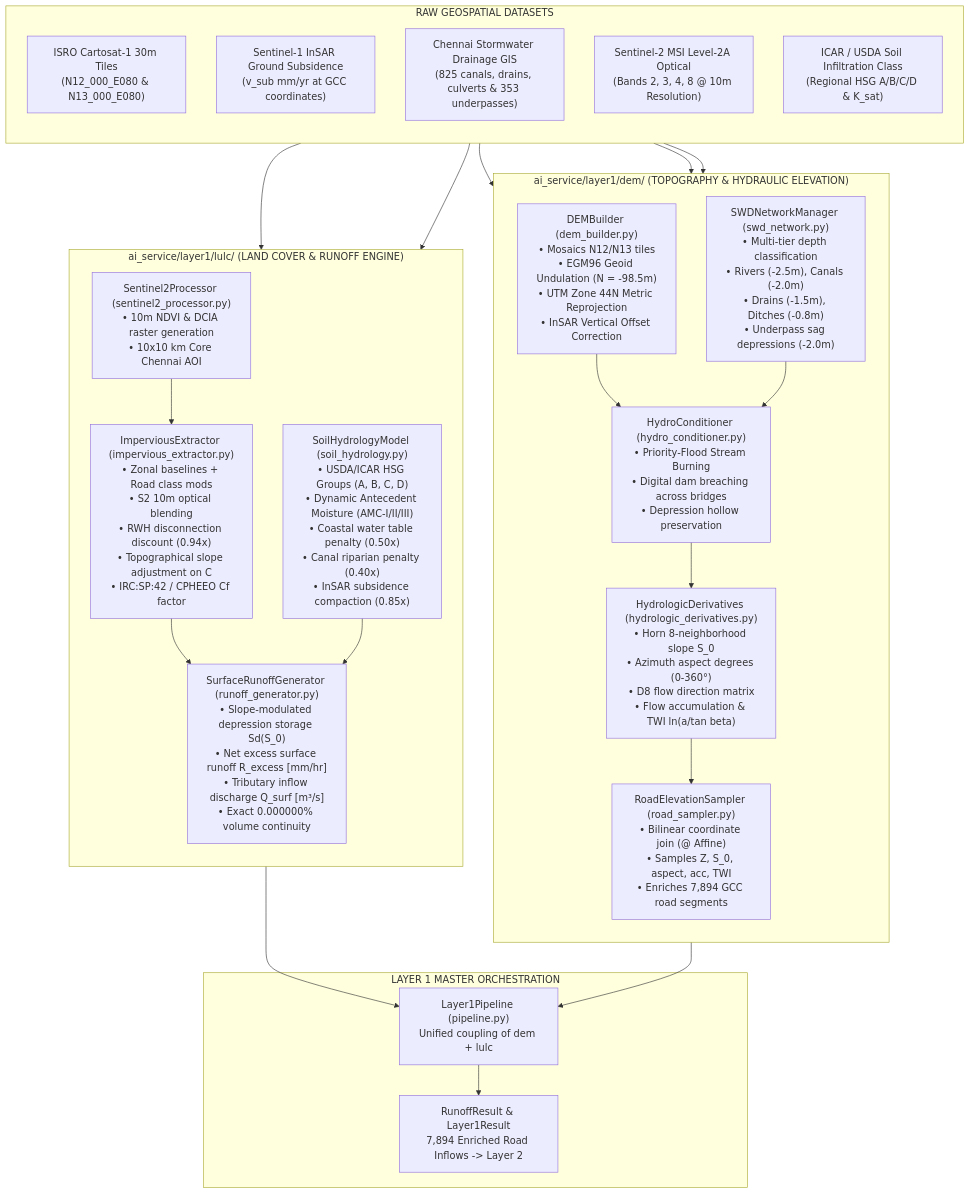
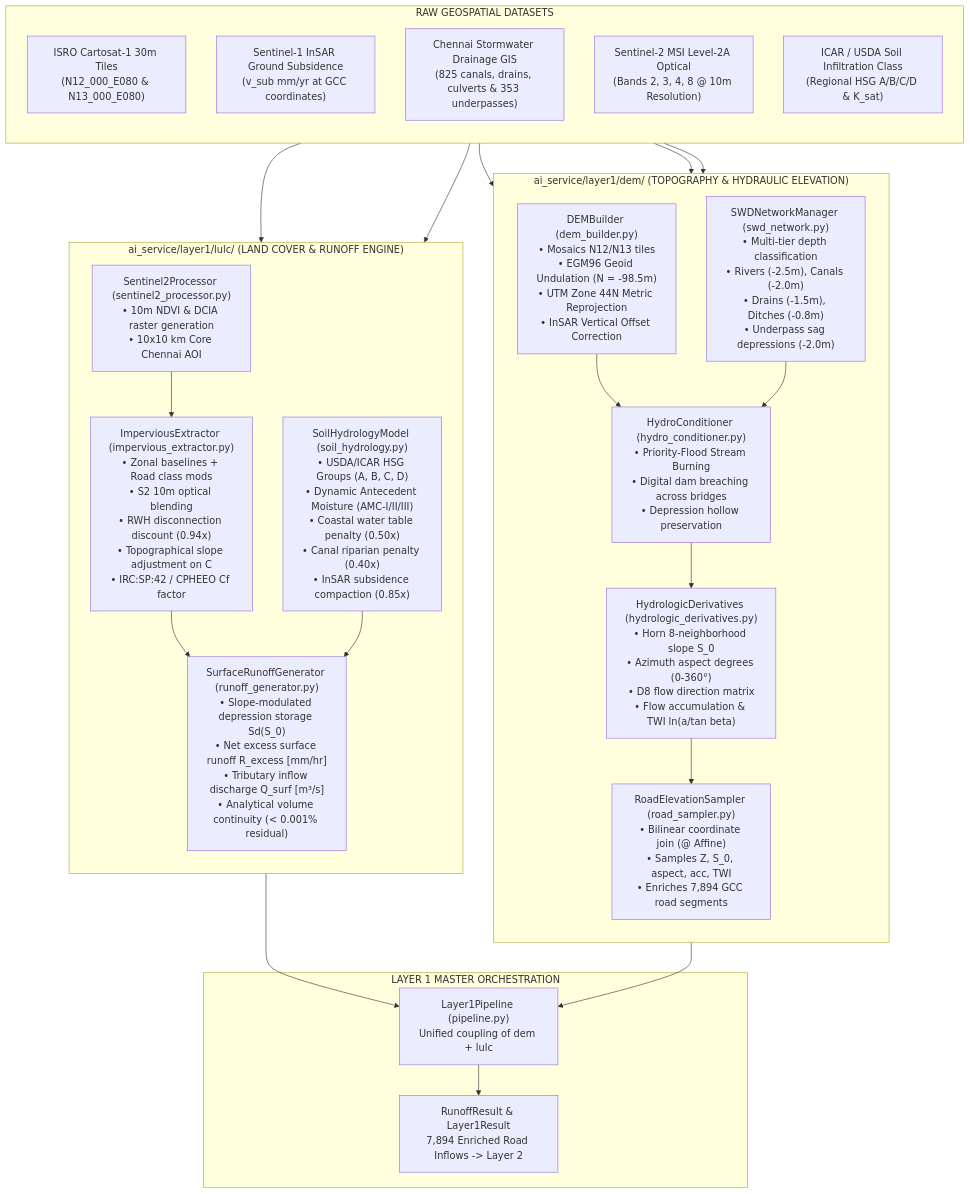
Before and after one commit to Team-Kairos-SIH/Smart-India-Hackathon-2026: the diagram in docs/architecture/LAYER1.md, drawn with Mermaid. The commit also changed other lines of this file and 48 other files, not shown here.

Commit message:
feat: add street conveyance engine, pump optimizer, master coupler, and tactical addon architecture components

````diff
--- a/docs/architecture/LAYER1.md
+++ b/docs/architecture/LAYER1.md
@@ -29,55 +29,55 @@
 ```mermaid
 flowchart TD
     %% Base Terrain Inputs
     subgraph INPUTS["RAW GEOSPATIAL DATASETS"]
         direction TB
         RAW_DEM["ISRO Cartosat-1 30m Tiles<br>(N12_000_E080 & N13_000_E080)"]
         INSAR_CSV["Sentinel-1 InSAR Ground Subsidence<br>(v_sub mm/yr at GCC coordinates)"]
         OSM_SWD["Chennai Stormwater Drainage GIS<br>(825 canals, drains, culverts & 353 underpasses)"]
         S2_OPT["Sentinel-2 MSI Level-2A Optical<br>(Bands 2, 3, 4, 8 @ 10m Resolution)"]
         SOIL_MAP["ICAR / USDA Soil Infiltration Class<br>(Regional HSG A/B/C/D & K_sat)"]
     end
 
     %% DEM Modular Package
     subgraph DEM_PKG["ai_service/layer1/dem/ (TOPOGRAPHY & HYDRAULIC ELEVATION)"]
         direction TB
         BUILDER["DEMBuilder (dem_builder.py)<br>• Mosaics N12/N13 tiles<br>• EGM96 Geoid Undulation (N = -98.5m)<br>• UTM Zone 44N Metric Reprojection<br>• InSAR Vertical Offset Correction"]
         SWD_MGR["SWDNetworkManager (swd_network.py)<br>• Multi-tier depth classification<br>• Rivers (-2.5m), Canals (-2.0m)<br>• Drains (-1.5m), Ditches (-0.8m)<br>• Underpass sag depressions (-2.0m)"]
         HYDRO["HydroConditioner (hydro_conditioner.py)<br>• Priority-Flood Stream Burning<br>• Digital dam breaching across bridges<br>• Depression hollow preservation"]
         DERIV["HydrologicDerivatives (hydrologic_derivatives.py)<br>• Horn 8-neighborhood slope S_0<br>• Azimuth aspect degrees (0-360°)<br>• D8 flow direction matrix<br>• Flow accumulation & TWI ln(a/tan beta)"]
         SAMPLER["RoadElevationSampler (road_sampler.py)<br>• Bilinear coordinate join (@ Affine)<br>• Samples Z, S_0, aspect, acc, TWI<br>• Enriches 7,894 GCC road segments"]
 
         BUILDER --> HYDRO
         SWD_MGR --> HYDRO
         HYDRO --> DERIV
         DERIV --> SAMPLER
     end
 
     %% LULC Modular Package
     subgraph LULC_PKG["ai_service/layer1/lulc/ (LAND COVER & RUNOFF ENGINE)"]
         direction TB
         S2_PROC["Sentinel2Processor (sentinel2_processor.py)<br>• 10m NDVI & DCIA raster generation<br>• 10x10 km Core Chennai AOI"]
         IMP["ImperviousExtractor (impervious_extractor.py)<br>• Zonal baselines + Road class mods<br>• S2 10m optical blending<br>• RWH disconnection discount (0.94x)<br>• Topographical slope adjustment on C<br>• IRC:SP:42 / CPHEEO Cf factor"]
         SOIL["SoilHydrologyModel (soil_hydrology.py)<br>• USDA/ICAR HSG Groups (A, B, C, D)<br>• Dynamic Antecedent Moisture (AMC-I/II/III)<br>• Coastal water table penalty (0.50x)<br>• Canal riparian penalty (0.40x)<br>• InSAR subsidence compaction (0.85x)"]
-        RUNOFF["SurfaceRunoffGenerator (runoff_generator.py)<br>• Slope-modulated depression storage Sd(S_0)<br>• Net excess surface runoff R_excess [mm/hr]<br>• Tributary inflow discharge Q_surf [m³/s]<br>• Exact 0.000000% volume continuity"]
+        RUNOFF["SurfaceRunoffGenerator (runoff_generator.py)<br>• Slope-modulated depression storage Sd(S_0)<br>• Net excess surface runoff R_excess [mm/hr]<br>• Tributary inflow discharge Q_surf [m³/s]<br>• Analytical volume continuity (< 0.001% residual)"]
 
         S2_PROC --> IMP
         IMP --> RUNOFF
         SOIL --> RUNOFF
     end
 
     %% Master Coupler
     subgraph OUT["LAYER 1 MASTER ORCHESTRATION"]
         PIPELINE["Layer1Pipeline (pipeline.py)<br>Unified coupling of dem + lulc"]
         RESULT["RunoffResult & Layer1Result<br>7,894 Enriched Road Inflows -> Layer 2"]
     end
 
     RAW_DEM & INSAR_CSV --> BUILDER
     OSM_SWD --> SWD_MGR
     S2_OPT --> S2_PROC
     SOIL_MAP --> SOIL
 
     SAMPLER --> PIPELINE
     RUNOFF --> PIPELINE
     PIPELINE --> RESULT
 ```
````
